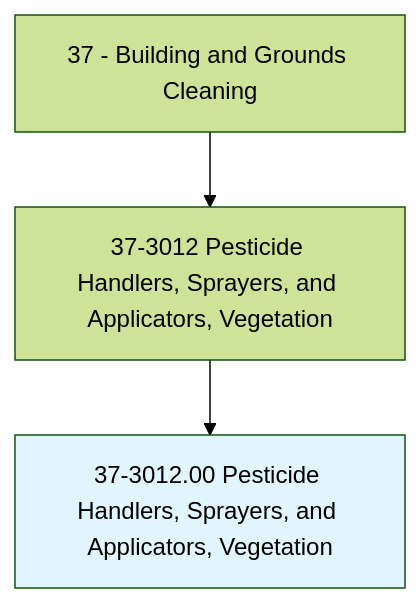
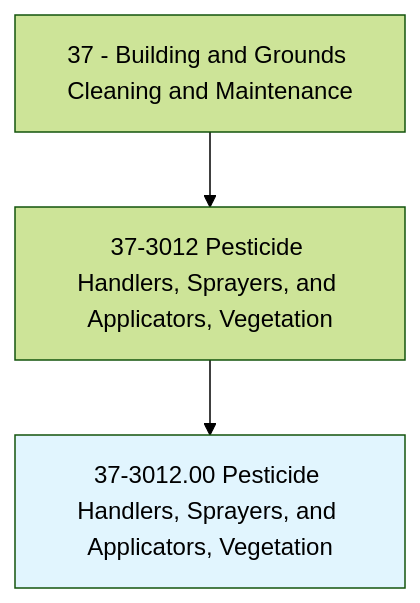
The first of 4 diagrams in occupations/Facilities/PesticideHandlersSprayersAndApplicatorsVegetation.mdx (kziemski/business.org.ai), drawn with Mermaid (forest theme) before and after one commit. The commit also changed other lines of this file and 938 other files, not shown here.

````diff
--- a/occupations/Facilities/PesticideHandlersSprayersAndApplicatorsVegetation.mdx
+++ b/occupations/Facilities/PesticideHandlersSprayersAndApplicatorsVegetation.mdx
@@ -19,6 +23,6 @@
 ```mermaid
 graph TD
-    Cat37["37 - Building and Grounds Cleaning"] --> Group373012["37-3012 Pesticide Handlers, Sprayers, and Applicators, Vegetation"]
+    Cat37["37 - Building and Grounds Cleaning and Maintenance"] --> Group373012["37-3012 Pesticide Handlers, Sprayers, and Applicators, Vegetation"]
     Group373012 --> Current["37-3012.00 Pesticide Handlers, Sprayers, and Applicators, Vegetation"]
     style Current fill:#e1f5fe
 ```
````
